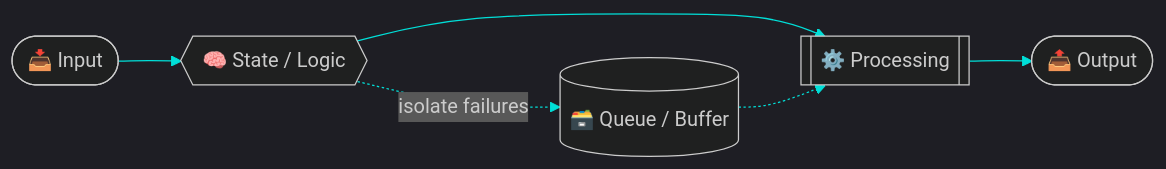
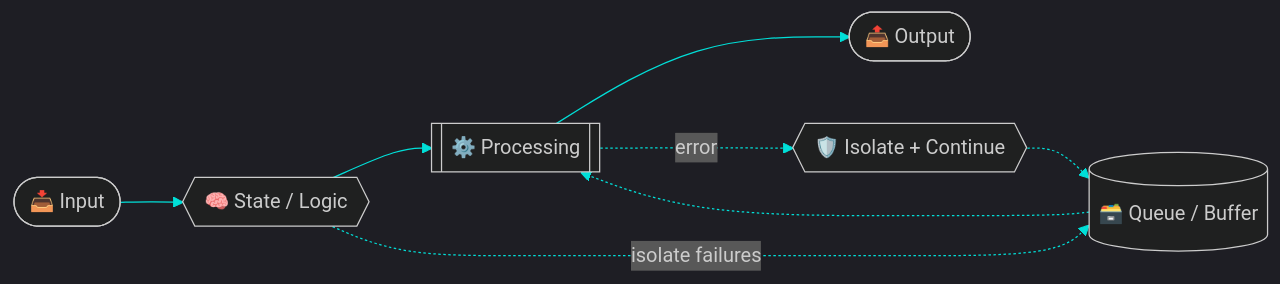
The third of 4 diagrams in README.md (imapcode/imapcode), drawn with Mermaid before and after one commit. The commit also changed other lines of this file, not shown here.

````diff
--- a/README.md
+++ b/README.md
@@ -126,9 +255,11 @@
 ```mermaid
 %%{init: {'theme':'dark','themeVariables':{'primaryColor':'#7928ca','primaryTextColor':'#fff','lineColor':'#00dfd8','secondaryColor':'#ff0080','tertiaryColor':'#0d1117'}}}%%
 flowchart LR
     IN([📥 Input]) --> LOGIC{{🧠 State / Logic}}
     LOGIC --> PROC[[⚙️ Processing]]
     PROC --> OUT([📤 Output])
     LOGIC -.->|isolate failures| Q[(🗃️ Queue / Buffer)]
     Q -.-> PROC
+    PROC -.->|error| ISO{{🛡️ Isolate + Continue}}
+    ISO -.-> Q
 ```
````
